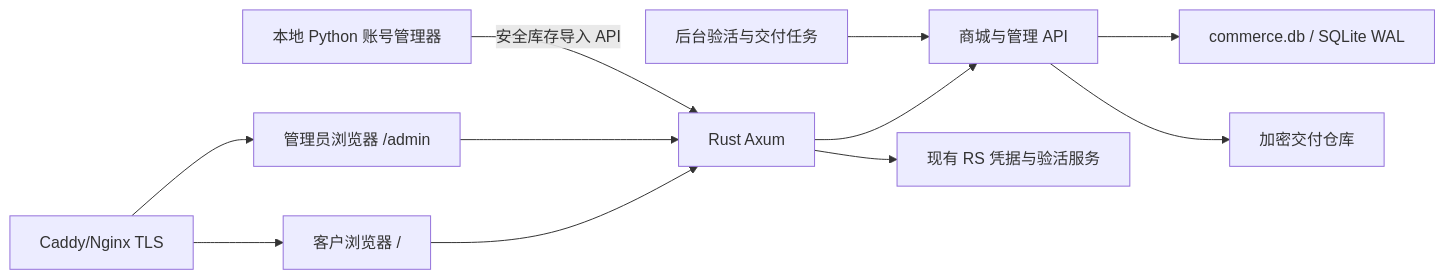
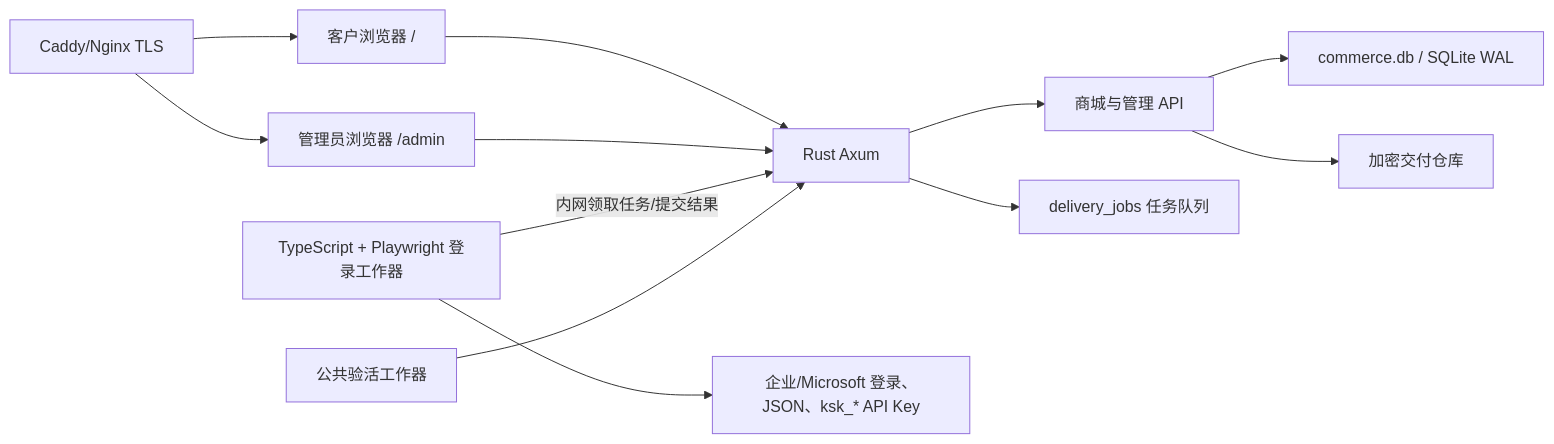
The diagram in ACCOUNT_MARKETPLACE_PLATFORM_PLAN.md (3370842391/kiro.rs-admin), drawn with Mermaid before and after one commit. The commit also changed other lines of this file, not shown here.

````diff
--- a/ACCOUNT_MARKETPLACE_PLATFORM_PLAN.md
+++ b/ACCOUNT_MARKETPLACE_PLATFORM_PLAN.md
@@ -60,13 +65,14 @@
 ```mermaid
 flowchart LR
     C["客户浏览器 /"] --> S["Rust Axum"]
     A["管理员浏览器 /admin"] --> S
-    P["本地 Python 账号管理器"] -->|"安全库存导入 API"| S
     S --> API["商城与管理 API"]
-    S --> RS["现有 RS 凭据与验活服务"]
     API --> DB["commerce.db / SQLite WAL"]
     API --> ENC["加密交付仓库"]
-    W["后台验活与交付任务"] --> API
+    S --> Q["delivery_jobs 任务队列"]
+    W["TypeScript + Playwright 登录工作器"] -->|"内网领取任务/提交结果"| S
+    W --> K["企业/Microsoft 登录、JSON、ksk_* API Key"]
+    H["公共验活工作器"] --> S
     N["Caddy/Nginx TLS"] --> C
     N --> A
 ```
````
